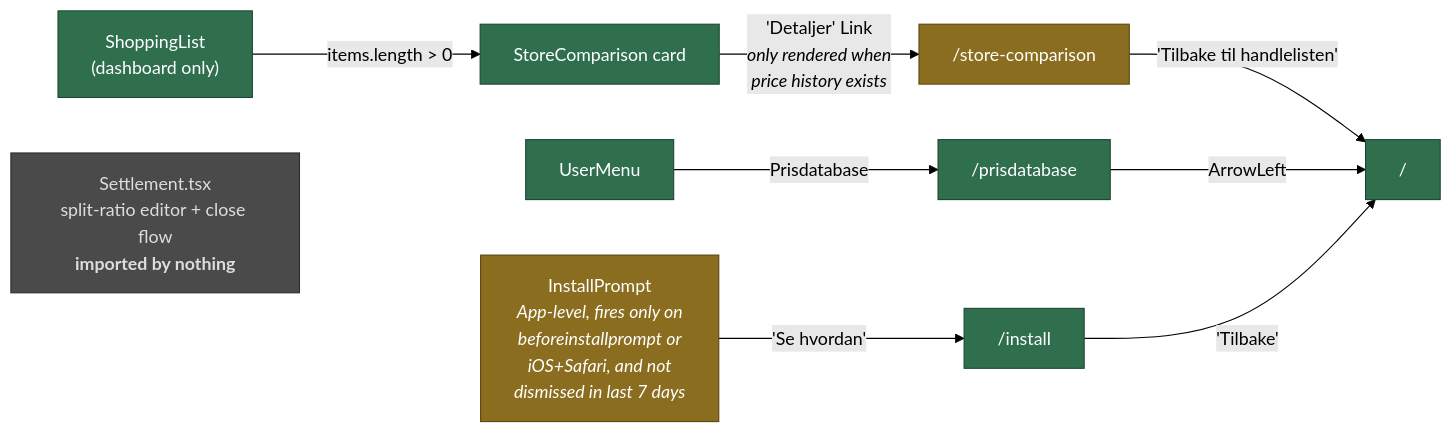
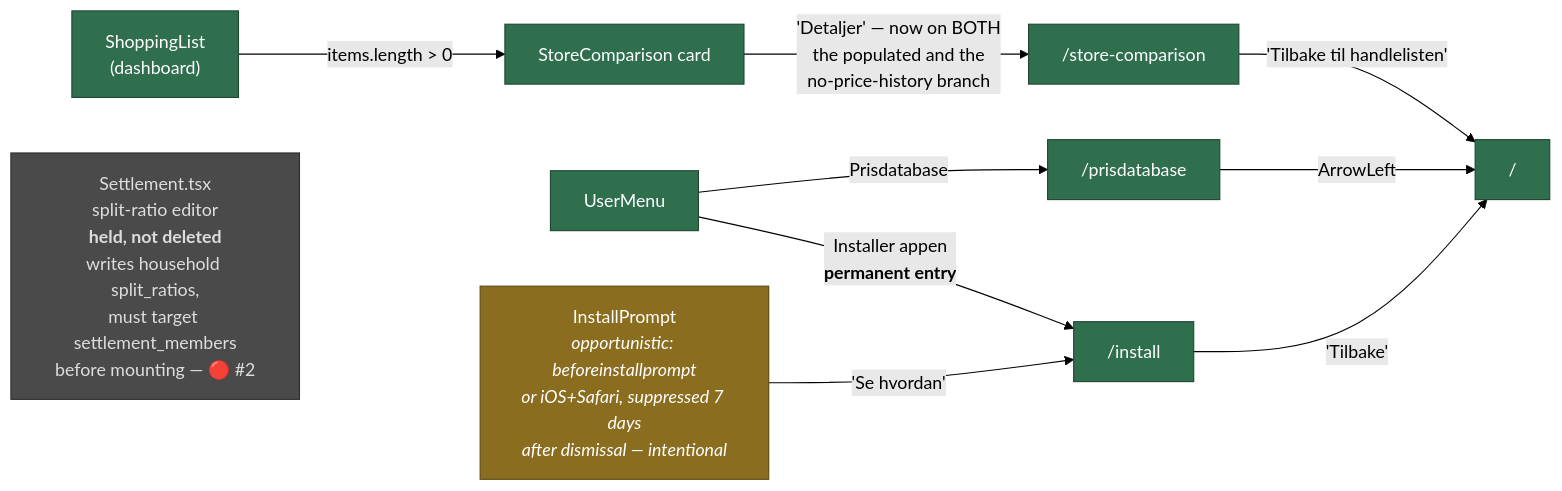
The third of 8 diagrams in docs/user-flows.md (BalderYtterhus/budget-app), drawn with Mermaid (forest theme) before and after one commit. The commit also changed other lines of this file and 1 other file, not shown here.

First line of the commit message:
docs: regenerate the flow diagrams and log the session

````diff
--- a/docs/user-flows.md
+++ b/docs/user-flows.md
@@ -119,22 +106,23 @@
 ```mermaid
 flowchart LR
     classDef ok fill:#2f6f4e,stroke:#1d4732,color:#fff
     classDef cond fill:#8a6d1f,stroke:#5c4813,color:#fff
     classDef orphan fill:#4a4a4a,stroke:#2e2e2e,color:#ddd
 
-    SL["ShoppingList<br/>(dashboard only)"] -->|"items.length > 0"| SC["StoreComparison card"]
-    SC -->|"'Detaljer' Link<br/><i>only rendered when<br/>price history exists</i>"| SCP["/store-comparison"]
+    SL["ShoppingList<br/>(dashboard)"] -->|"items.length > 0"| SC["StoreComparison card"]
+    SC -->|"'Detaljer' — now on BOTH<br/>the populated and the<br/>no-price-history branch"| SCP["/store-comparison"]
     SCP -->|"'Tilbake til handlelisten'"| HOME["/"]
 
     UM2["UserMenu"] -->|"Prisdatabase"| PD["/prisdatabase"]
+    UM2 -->|"Installer appen<br/><b>permanent entry</b>"| INST["/install"]
     PD -->|"ArrowLeft"| HOME
-
-    IP["InstallPrompt<br/><i>App-level, fires only on<br/>beforeinstallprompt or<br/>iOS+Safari, and not<br/>dismissed in last 7 days</i>"] -->|"'Se hvordan'"| INST["/install"]
     INST -->|"'Tilbake'"| HOME
 
-    SETT["Settlement.tsx<br/>split-ratio editor + close flow<br/><b>imported by nothing</b>"]
+    IP["InstallPrompt<br/><i>opportunistic: beforeinstallprompt<br/>or iOS+Safari, suppressed 7 days<br/>after dismissal — intentional</i>"] -->|"'Se hvordan'"| INST
 
-    class SL,SC,HOME,UM2,PD,INST ok
-    class SCP,IP cond
+    SETT["Settlement.tsx<br/>split-ratio editor<br/><b>held, not deleted</b><br/>writes household split_ratios,<br/>must target settlement_members<br/>before mounting — 🔴 #2"]
+
+    class SL,SC,SCP,HOME,UM2,PD,INST ok
+    class IP cond
     class SETT orphan
 ```
````
